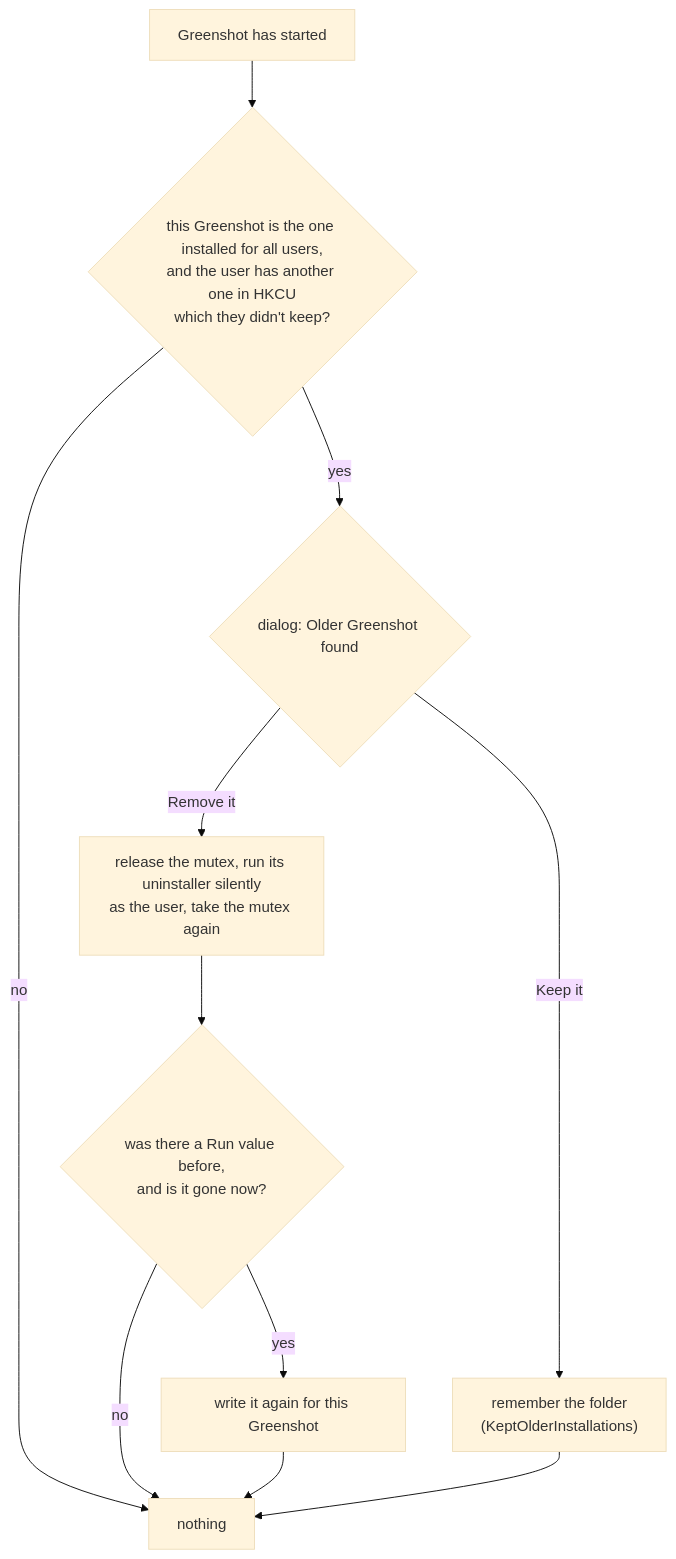
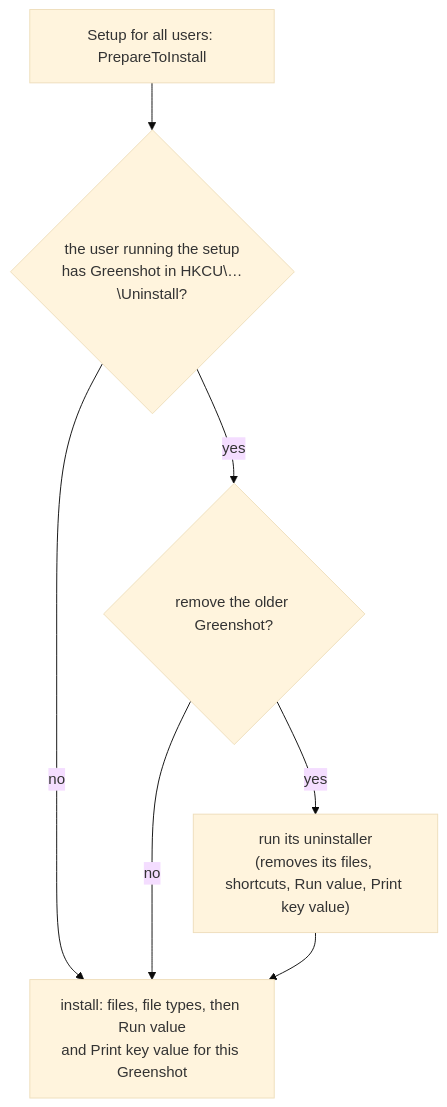
The third of 6 diagrams in docs/autostart.md (greenshot/greenshot), drawn with Mermaid (base theme) before and after one commit. The commit also changed other lines of this file and 10 other files, not shown here.

````diff
--- a/docs/autostart.md
+++ b/docs/autostart.md
@@ -151,13 +143,9 @@
 ```mermaid
 flowchart TD
-    A[Greenshot has started] --> C{"this Greenshot is the one installed for all users,<br/>and the user has another one in HKCU<br/>which they didn't keep?"}
-    C -- no --> Z[nothing]
-    C -- yes --> Q{"dialog: Older Greenshot found"}
-    Q -- "Keep it" --> K["remember the folder<br/>(KeptOlderInstallations)"]
-    Q -- "Remove it" --> D["release the mutex, run its uninstaller silently<br/>as the user, take the mutex again"]
-    D --> E{"was there a Run value before,<br/>and is it gone now?"}
-    E -- yes --> F["write it again for this Greenshot"]
-    E -- no --> Z
-    F --> Z
-    K --> Z
+    A["Setup for all users: PrepareToInstall"] --> C{"the user running the setup<br/>has Greenshot in HKCU\…\Uninstall?"}
+    C -- no --> I
+    C -- yes --> Q{"remove the older Greenshot?"}
+    Q -- no --> I
+    Q -- yes --> D["run its uninstaller<br/>(removes its files, shortcuts, Run value, Print key value)"]
+    D --> I["install: files, file types, then Run value<br/>and Print key value for this Greenshot"]
 ```
````
